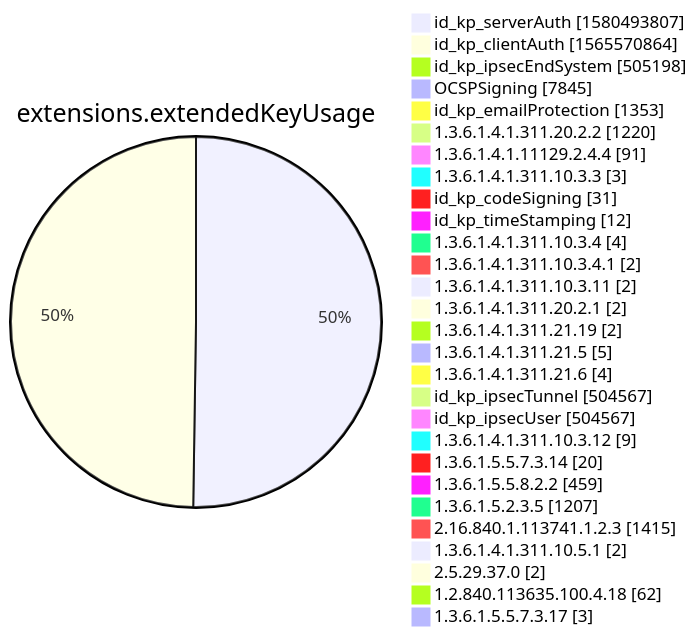
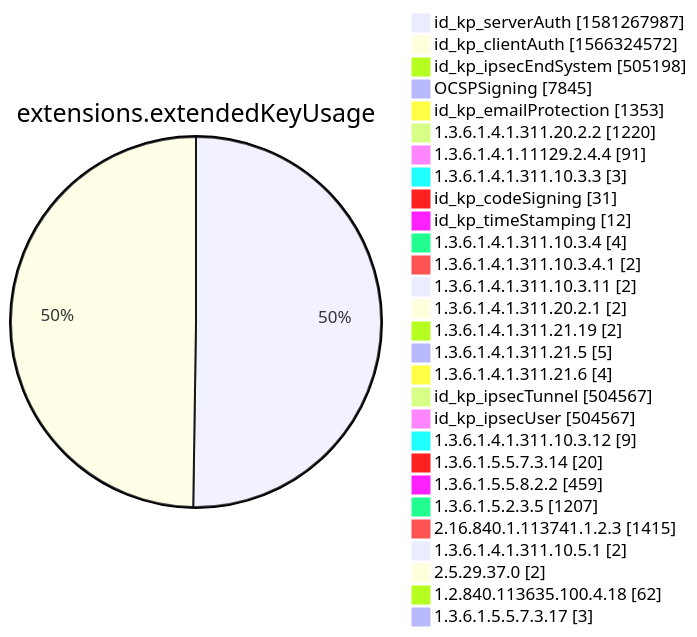
Before and after one commit to christiankrug/ctmonitor_visualization: diagram 12 of 15 in xenon2022/README.md, drawn with Mermaid. The commit also changed other lines of this file, not shown here.

````diff
--- a/xenon2022/README.md
+++ b/xenon2022/README.md
@@ -3884,32 +3884,32 @@
 ```mermaid
 pie showData
 title extensions.extendedKeyUsage
-"id_kp_serverAuth" :1580493807
-"id_kp_clientAuth" :1565570864
+"id_kp_serverAuth" :1581267987
+"id_kp_clientAuth" :1566324572
 "id_kp_ipsecEndSystem" :505198
 "OCSPSigning" :7845
 "id_kp_emailProtection" :1353
 "1.3.6.1.4.1.311.20.2.2" :1220
 "1.3.6.1.4.1.11129.2.4.4" :91
 "1.3.6.1.4.1.311.10.3.3" :3
 "id_kp_codeSigning" :31
 "id_kp_timeStamping" :12
 "1.3.6.1.4.1.311.10.3.4" :4
 "1.3.6.1.4.1.311.10.3.4.1" :2
 "1.3.6.1.4.1.311.10.3.11" :2
 "1.3.6.1.4.1.311.20.2.1" :2
 "1.3.6.1.4.1.311.21.19" :2
 "1.3.6.1.4.1.311.21.5" :5
 "1.3.6.1.4.1.311.21.6" :4
 "id_kp_ipsecTunnel" :504567
 "id_kp_ipsecUser" :504567
 "1.3.6.1.4.1.311.10.3.12" :9
 "1.3.6.1.5.5.7.3.14" :20
 "1.3.6.1.5.5.8.2.2" :459
 "1.3.6.1.5.2.3.5" :1207
 "2.16.840.1.113741.1.2.3" :1415
 "1.3.6.1.4.1.311.10.5.1" :2
 "2.5.29.37.0" :2
 "1.2.840.113635.100.4.18" :62
 "1.3.6.1.5.5.7.3.17" :3
 ```
````
